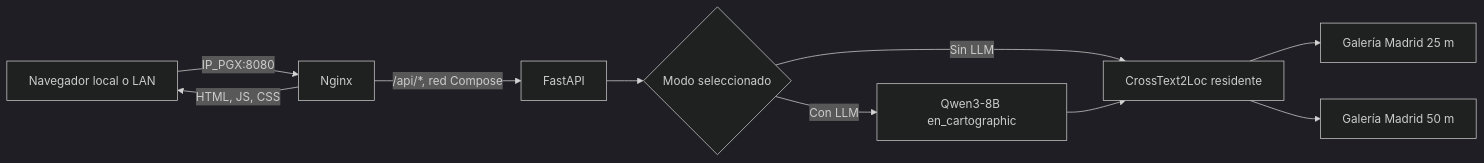
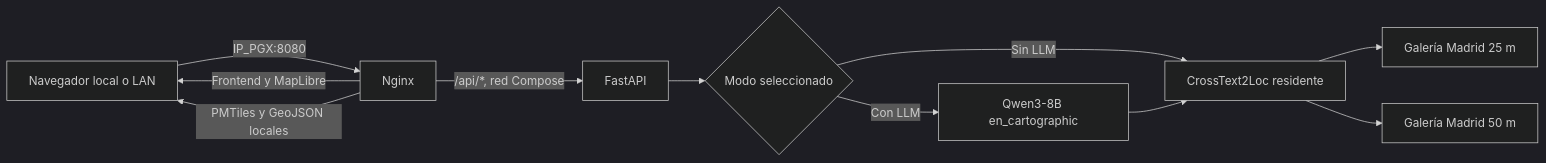
The diagram in docs/MVP.md (gaxur/TFG-geolocalizacion-textual), drawn with Mermaid (dark theme) before and after one commit. The commit also changed other lines of this file and 51 other files, not shown here.

Commit message:
feat: prepare MapLibre MVP for PGX

````diff
--- a/docs/MVP.md
+++ b/docs/MVP.md
@@ -14,12 +14,13 @@
 ```mermaid
 flowchart LR
     B[Navegador local o LAN] -->|IP_PGX:8080| N[Nginx]
-    N -->|HTML, JS, CSS| B
+    N -->|Frontend y MapLibre| B
+    N -->|PMTiles y GeoJSON locales| B
     N -->|/api/*, red Compose| A[FastAPI]
     A --> M{Modo seleccionado}
     M -->|Sin LLM| R[CrossText2Loc residente]
     M -->|Con LLM| Q[Qwen3-8B en_cartographic]
     Q --> R
     R --> G25[Galería Madrid 25 m]
     R --> G50[Galería Madrid 50 m]
 ```
````
